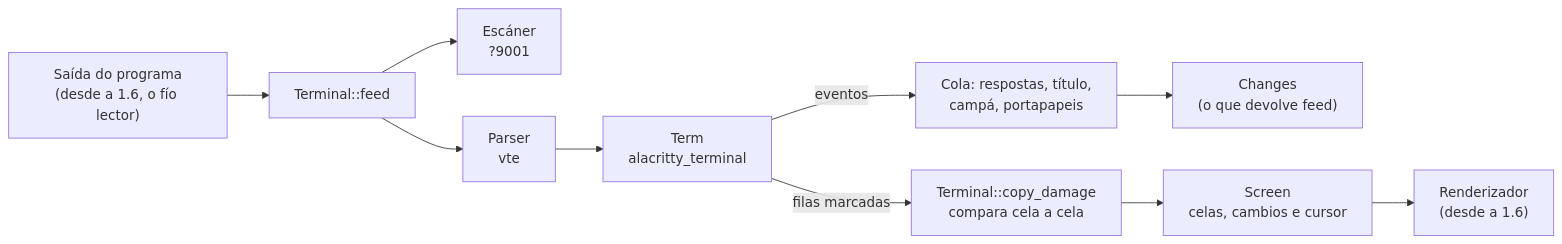
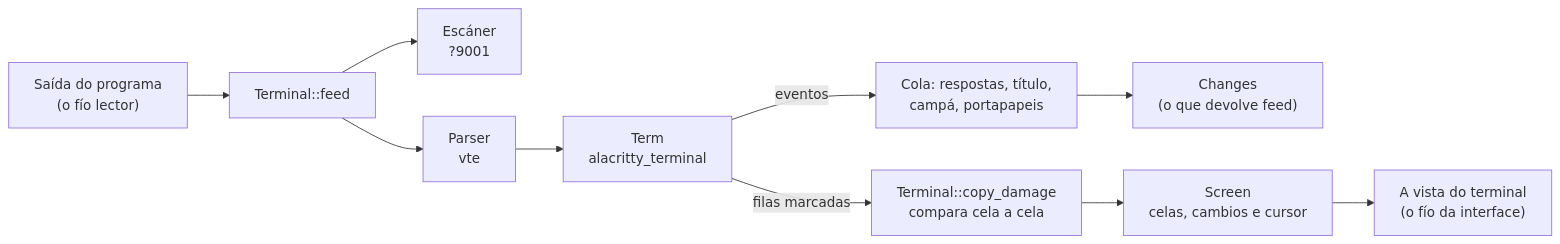
The fourth of 10 diagrams in docs/arquitectura.md (NewHouses/meiga), drawn with Mermaid before and after one commit. The commit also changed other lines of this file and 52 other files, not shown here.

````diff
--- a/docs/arquitectura.md
+++ b/docs/arquitectura.md
@@ -111,12 +114,12 @@
 ```mermaid
 flowchart LR
-    out["Saída do programa<br/>(desde a 1.6, o fío lector)"] --> feed["Terminal::feed"]
+    out["Saída do programa<br/>(o fío lector)"] --> feed["Terminal::feed"]
     feed --> scan["Escáner<br/>?9001"]
     feed --> parser["Parser<br/>vte"]
     parser --> term["Term<br/>alacritty_terminal"]
     term -- "eventos" --> queue["Cola: respostas, título,<br/>campá, portapapeis"]
     queue --> changes["Changes<br/>(o que devolve feed)"]
     term -- "filas marcadas" --> copy["Terminal::copy_damage<br/>compara cela a cela"]
     copy --> screen["Screen<br/>celas, cambios e cursor"]
-    screen --> render["Renderizador<br/>(desde a 1.6)"]
+    screen --> render["A vista do terminal<br/>(o fío da interface)"]
 ```
````
